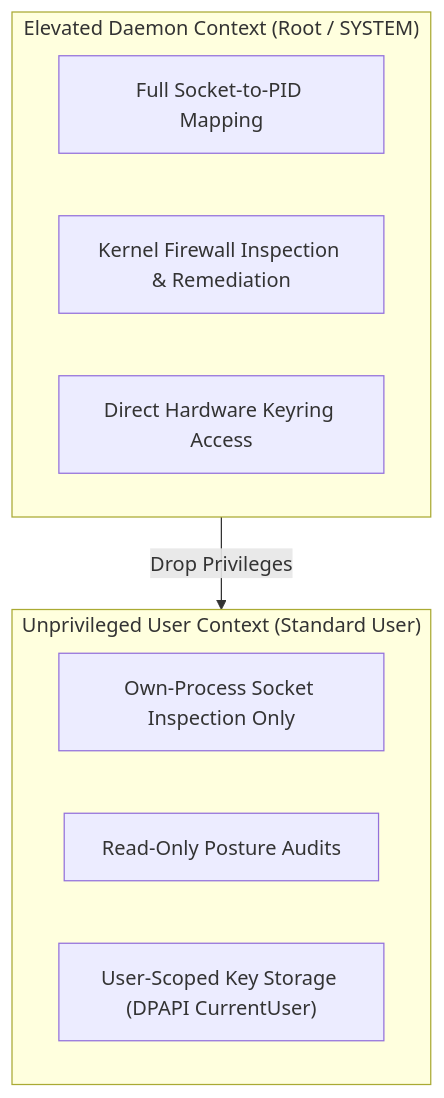
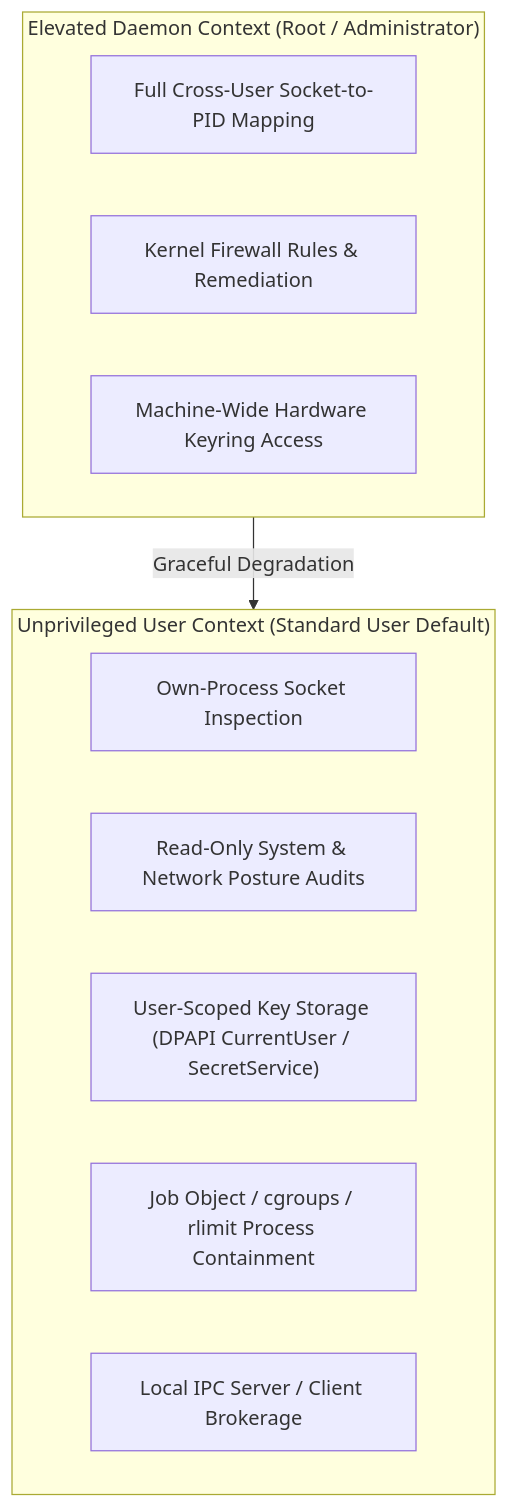
Before and after one commit to Subhadip-Paul2006/NETRA-Backend: the second of 3 diagrams in docs/OS_VERSATILE.md, drawn with Mermaid. The commit also changed other lines of this file and 41 other files, not shown here.

First line of the commit message:
feat(phase2.3): implement privilege separation, process isolation, and local IPC foundation

````diff
--- a/docs/OS_VERSATILE.md
+++ b/docs/OS_VERSATILE.md
@@ -106,16 +111,18 @@
 ```mermaid
 flowchart TD
-    subgraph Elevated["Elevated Daemon Context (Root / SYSTEM)"]
-        E1["Full Socket-to-PID Mapping"]
-        E2["Kernel Firewall Inspection & Remediation"]
-        E3["Direct Hardware Keyring Access"]
+    subgraph Elevated["Elevated Daemon Context (Root / Administrator)"]
+        E1["Full Cross-User Socket-to-PID Mapping"]
+        E2["Kernel Firewall Rules & Remediation"]
+        E3["Machine-Wide Hardware Keyring Access"]
     end
 
-    subgraph Unprivileged["Unprivileged User Context (Standard User)"]
-        U1["Own-Process Socket Inspection Only"]
-        U2["Read-Only Posture Audits"]
-        U3["User-Scoped Key Storage (DPAPI CurrentUser)"]
+    subgraph Unprivileged["Unprivileged User Context (Standard User Default)"]
+        U1["Own-Process Socket Inspection"]
+        U2["Read-Only System & Network Posture Audits"]
+        U3["User-Scoped Key Storage (DPAPI CurrentUser / SecretService)"]
+        U4["Job Object / cgroups / rlimit Process Containment"]
+        U5["Local IPC Server / Client Brokerage"]
     end
 
-    Elevated -- "Drop Privileges" --> Unprivileged
+    Elevated -- "Graceful Degradation" --> Unprivileged
 ```
````
